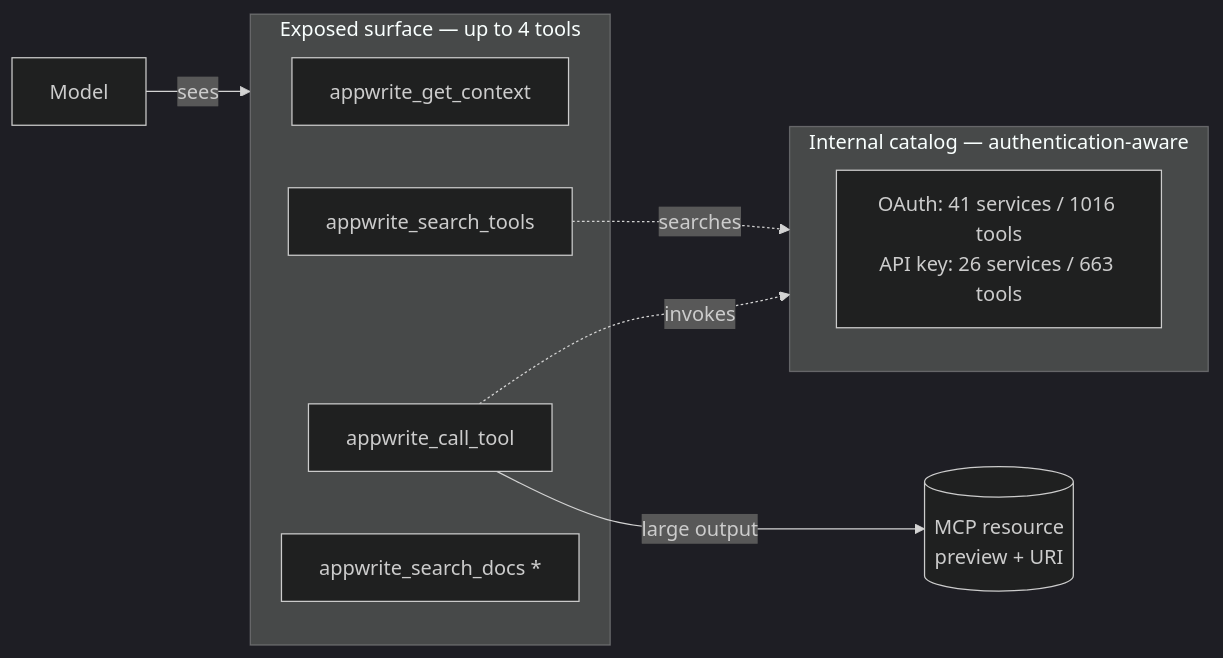
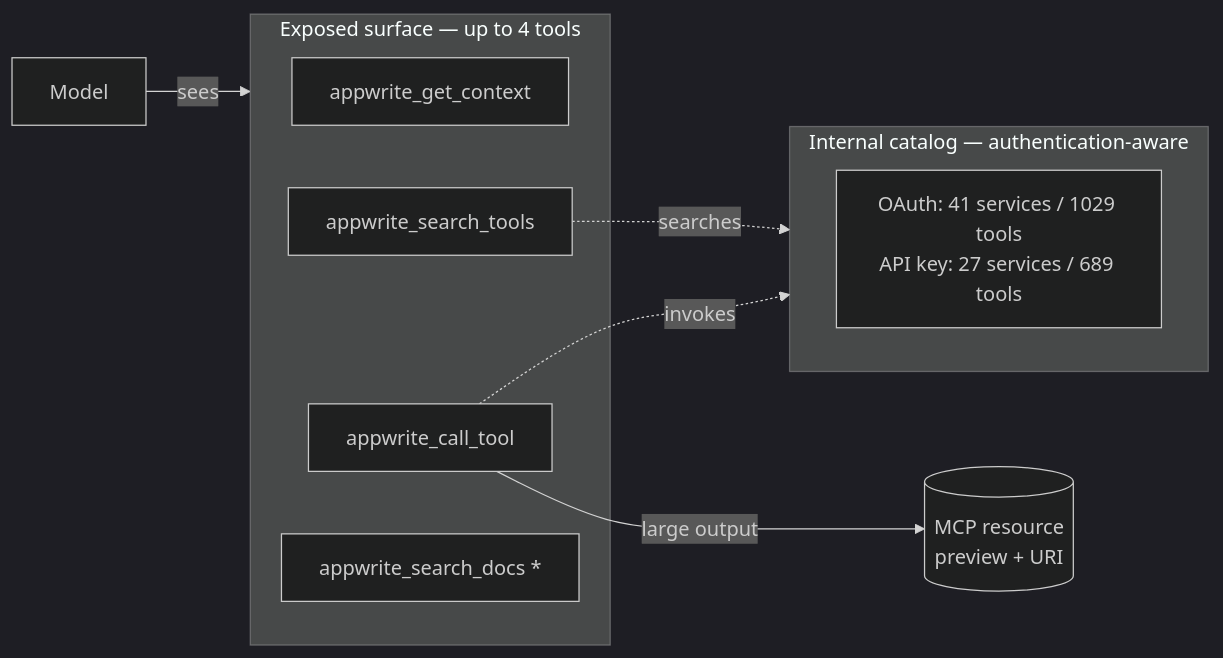
Before and after one commit to appwrite/mcp: the diagram in docs/tool-surface.md, drawn with Mermaid (dark theme). The commit also changed other lines of this file and 6 other files, not shown here.

````diff
--- a/docs/tool-surface.md
+++ b/docs/tool-surface.md
@@ -7,21 +7,21 @@
 ```mermaid
 flowchart LR
     M[Model] -->|sees| E
 
     subgraph E[Exposed surface — up to 4 tools]
         C[appwrite_get_context]
         ST[appwrite_search_tools]
         CT[appwrite_call_tool]
         SD[appwrite_search_docs *]
     end
 
     ST -.searches.-> CAT
     CT -.invokes.-> CAT
 
     subgraph CAT[Internal catalog — authentication-aware]
         direction LR
-        K[OAuth: 41 services / 1016 tools<br/>API key: 26 services / 663 tools]
+        K[OAuth: 41 services / 1029 tools<br/>API key: 27 services / 689 tools]
     end
 
     CT -->|large output| R[(MCP resource<br/>preview + URI)]
 ```
````
